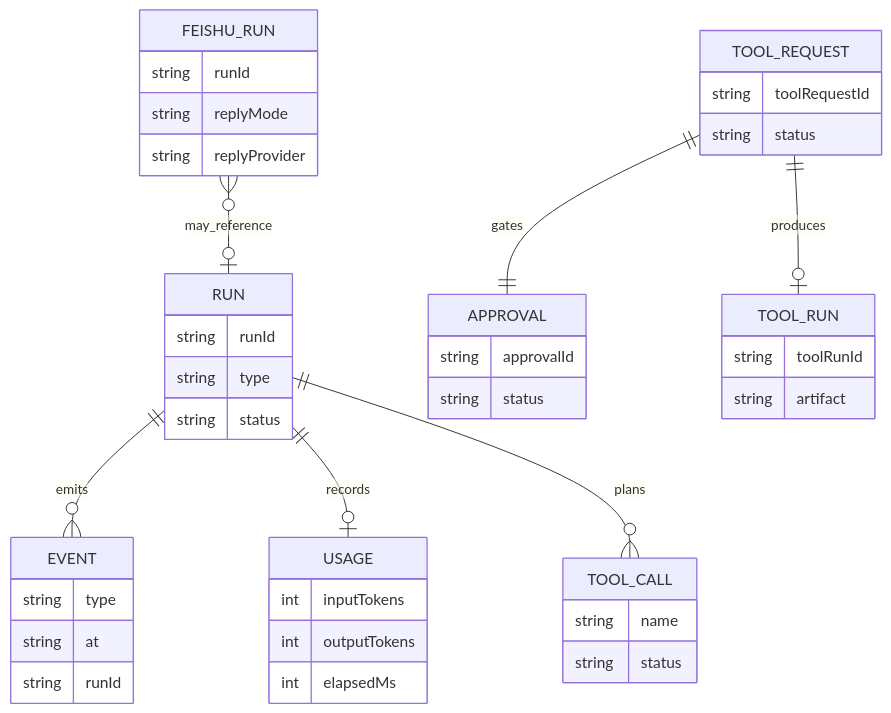
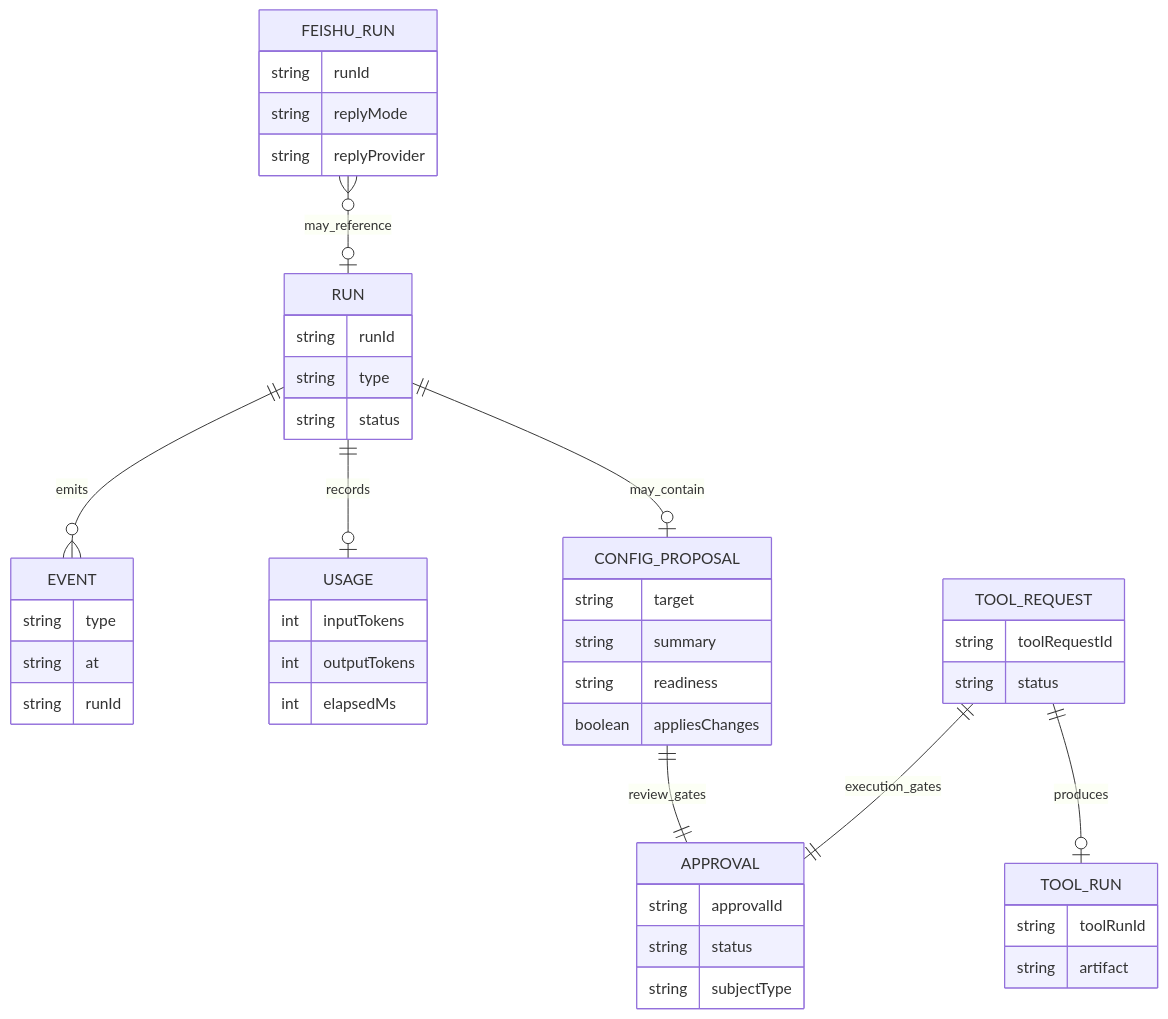
Before and after one commit to mayf3/myclaw: the seventh of 9 diagrams in docs/implementation-architecture.md, drawn with Mermaid. The commit also changed other lines of this file and 36 other files, not shown here.

Commit message:
feat: add agent config proposal smoke

````diff
--- a/docs/implementation-architecture.md
+++ b/docs/implementation-architecture.md
@@ -191,18 +209,19 @@
 ```mermaid
 erDiagram
   RUN ||--o{ EVENT : emits
   RUN ||--o| USAGE : records
-  RUN ||--o{ TOOL_CALL : plans
+  RUN ||--o| CONFIG_PROPOSAL : may_contain
+  CONFIG_PROPOSAL ||--|| APPROVAL : review_gates
+  TOOL_REQUEST ||--|| APPROVAL : execution_gates
+  TOOL_REQUEST ||--o| TOOL_RUN : produces
   FEISHU_RUN }o--o| RUN : may_reference
-  TOOL_REQUEST ||--|| APPROVAL : gates
-  TOOL_REQUEST ||--o| TOOL_RUN : produces
 
   RUN { string runId string type string status }
   EVENT { string type string at string runId }
   USAGE { int inputTokens int outputTokens int elapsedMs }
-  TOOL_CALL { string name string status }
+  CONFIG_PROPOSAL { string target string summary string readiness boolean appliesChanges }
+  APPROVAL { string approvalId string status string subjectType }
+  TOOL_REQUEST { string toolRequestId string status }
+  TOOL_RUN { string toolRunId string artifact }
   FEISHU_RUN { string runId string replyMode string replyProvider }
-  TOOL_REQUEST { string toolRequestId string status }
-  APPROVAL { string approvalId string status }
-  TOOL_RUN { string toolRunId string artifact }
 ```
````
